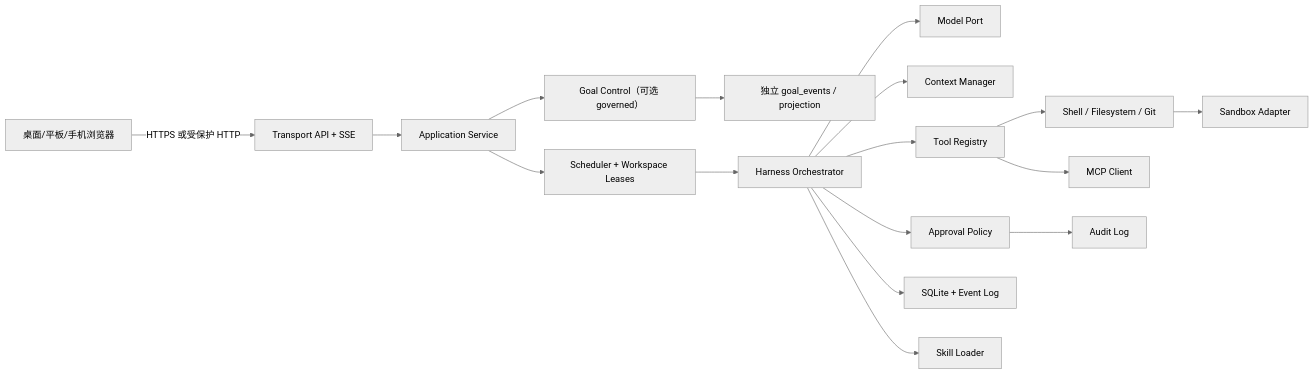
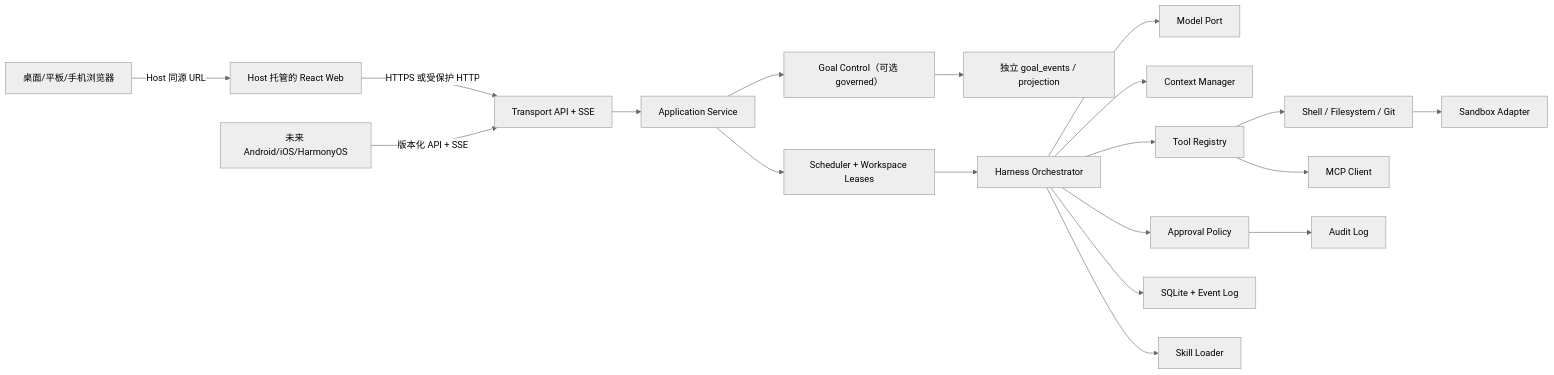
The diagram in docs/architecture.md (stlin256/VibeGo), drawn with Mermaid (neutral theme) before and after one commit. The commit also changed other lines of this file and 4 other files, not shown here.

````diff
--- a/docs/architecture.md
+++ b/docs/architecture.md
@@ -7,19 +7,21 @@
 ```mermaid
 flowchart LR
-  U[桌面/平板/手机浏览器] -->|HTTPS 或受保护 HTTP| T[Transport API + SSE]
+  U[桌面/平板/手机浏览器] -->|Host 同源 URL| W[Host 托管的 React Web]
+  W -->|HTTPS 或受保护 HTTP| T[Transport API + SSE]
+  N[未来 Android/iOS/HarmonyOS] -->|版本化 API + SSE| T
   T --> A[Application Service]
   A --> G[Goal Control（可选 governed）]
   G --> GE[独立 goal_events / projection]
   A --> Q[Scheduler + Workspace Leases]
   Q --> H[Harness Orchestrator]
   H --> M[Model Port]
   H --> C[Context Manager]
   H --> P[Approval Policy]
   H --> TR[Tool Registry]
   TR --> SH[Shell / Filesystem / Git]
   TR --> MC[MCP Client]
   SH --> SB[Sandbox Adapter]
   H --> ST[SQLite + Event Log]
   H --> SK[Skill Loader]
   P --> AU[Audit Log]
 ```
````
